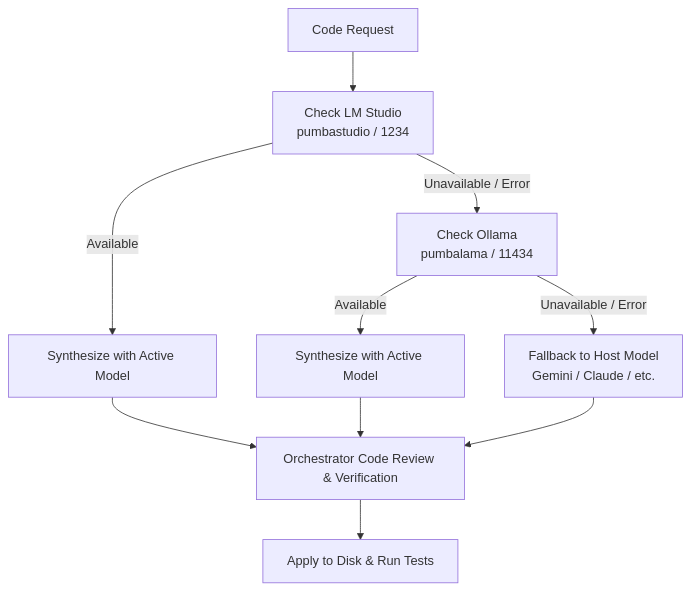
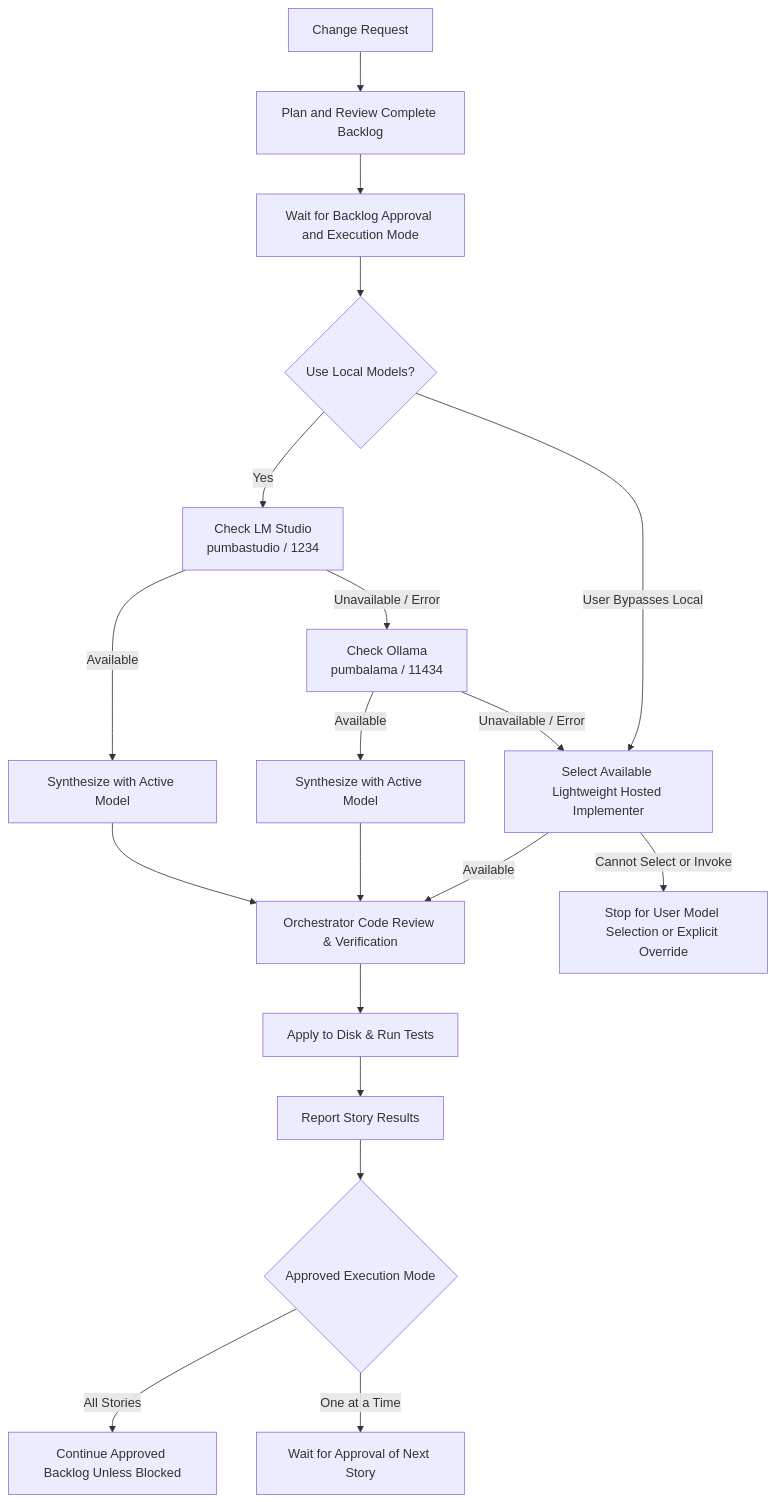
One commit to ronald32acunadev/projectsetup changed the diagram in README.md. Above: the diagram before and after it, drawn with Mermaid. The commit also changed other lines of this file and 4 other files, not shown here.

````diff
--- a/README.md
+++ b/README.md
@@ -168,12 +169,21 @@
 ```mermaid
 flowchart TD
-    Task[Code Request] --> CheckLM[Check LM Studio\npumbastudio / 1234]
+    Task[Change Request] --> Plan[Plan and Review Complete Backlog]
+    Plan --> Approval[Wait for Backlog Approval and Execution Mode]
+    Approval --> Route{Use Local Models?}
+    Route -- Yes --> CheckLM[Check LM Studio\npumbastudio / 1234]
+    Route -- User Bypasses Local --> HostModel[Select Available Lightweight Hosted Implementer]
     CheckLM -- Available --> SynthLM[Synthesize with Active Model]
     CheckLM -- Unavailable / Error --> CheckOllama[Check Ollama\npumbalama / 11434]
     CheckOllama -- Available --> SynthOllama[Synthesize with Active Model]
-    CheckOllama -- Unavailable / Error --> HostModel[Fallback to Host Model\nGemini / Claude / etc.]
+    CheckOllama -- Unavailable / Error --> HostModel
     SynthLM --> Review[Orchestrator Code Review & Verification]
     SynthOllama --> Review
-    HostModel --> Review
+    HostModel -- Available --> Review
+    HostModel -- Cannot Select or Invoke --> Decision[Stop for User Model Selection or Explicit Override]
     Review --> Apply[Apply to Disk & Run Tests]
+    Apply --> Report[Report Story Results]
+    Report --> Mode{Approved Execution Mode}
+    Mode -- All Stories --> Next[Continue Approved Backlog Unless Blocked]
+    Mode -- One at a Time --> Wait[Wait for Approval of Next Story]
 ```
````
